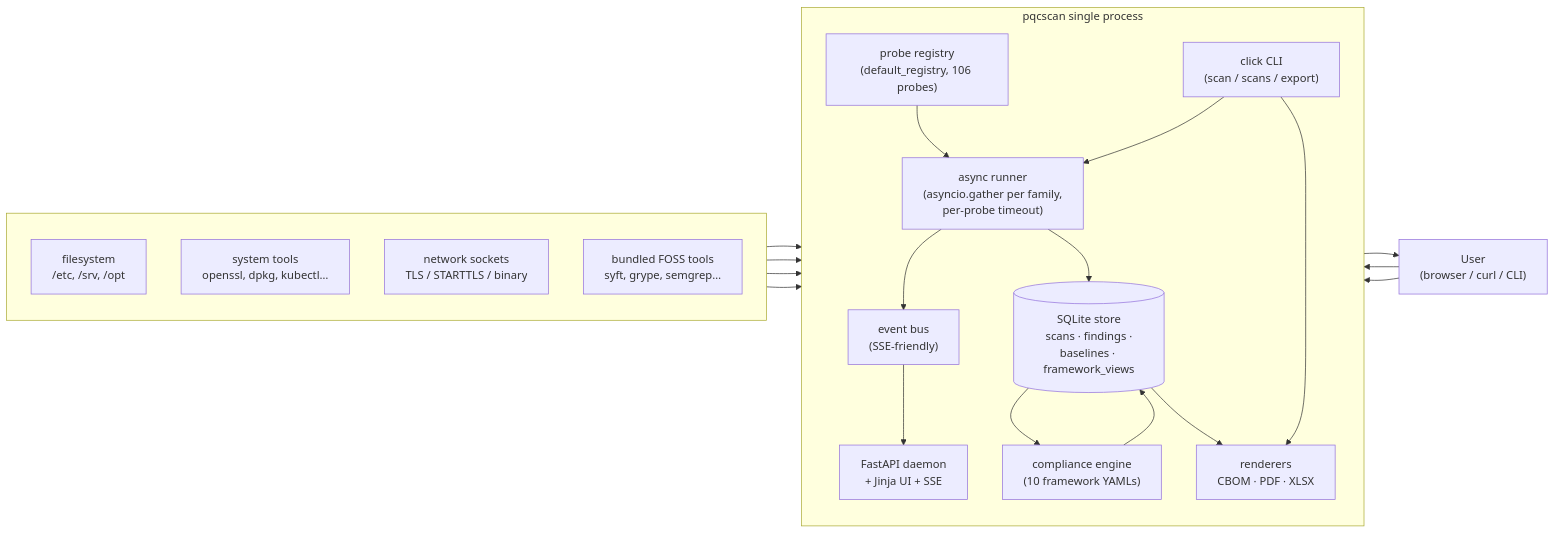
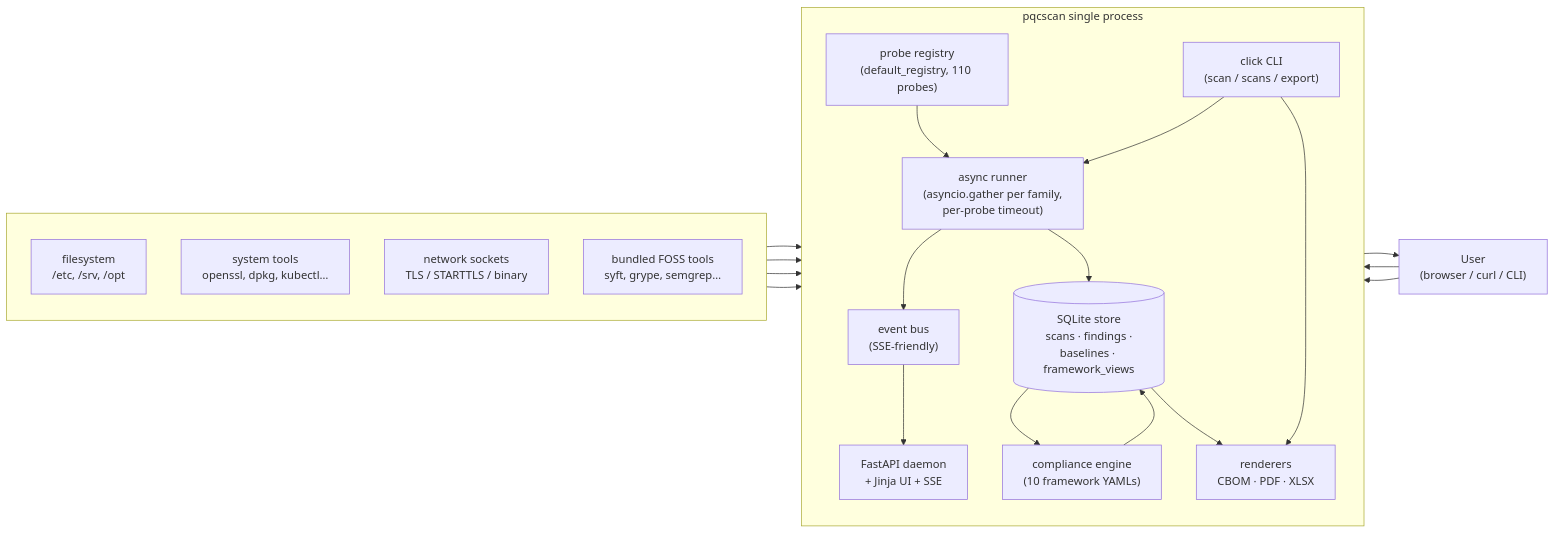
One commit to orengacademy/pqc-scanner2 changed the first of 8 diagrams in README.md. Above: the diagram before and after it, drawn with Mermaid. The commit also changed other lines of this file and 7 other files, not shown here.

````diff
--- a/README.md
+++ b/README.md
@@ -33,39 +33,39 @@
 ```mermaid
 flowchart LR
     subgraph host[" "]
         direction TB
         FS["filesystem<br/>/etc, /srv, /opt"]
         SYS["system tools<br/>openssl, dpkg, kubectl…"]
         NET["network sockets<br/>TLS / STARTTLS / binary"]
         FOSS["bundled FOSS tools<br/>syft, grype, semgrep…"]
     end
 
     subgraph proc["pqcscan single process"]
         direction TB
-        REG["probe registry<br/>(default_registry, 106 probes)"]
+        REG["probe registry<br/>(default_registry, 110 probes)"]
         RUN["async runner<br/>(asyncio.gather per family,<br/>per-probe timeout)"]
         BUS["event bus<br/>(SSE-friendly)"]
         REPO[("SQLite store<br/>scans · findings ·<br/>baselines · framework_views")]
         COMP["compliance engine<br/>(10 framework YAMLs)"]
         DAEMON["FastAPI daemon<br/>+ Jinja UI + SSE"]
         CLI["click CLI<br/>(scan / scans / export)"]
         REND["renderers<br/>CBOM · PDF · XLSX"]
     end
 
     USER["User<br/>(browser / curl / CLI)"]
 
     FS  --> RUN
     SYS --> RUN
     NET --> RUN
     FOSS --> RUN
     REG --> RUN
     RUN --> BUS --> DAEMON
     RUN --> REPO
     REPO --> COMP --> REPO
     REPO --> REND
     DAEMON --> USER
     CLI   --> RUN
     CLI   --> REND
     USER  --> DAEMON
     USER  --> CLI
 ```
````
